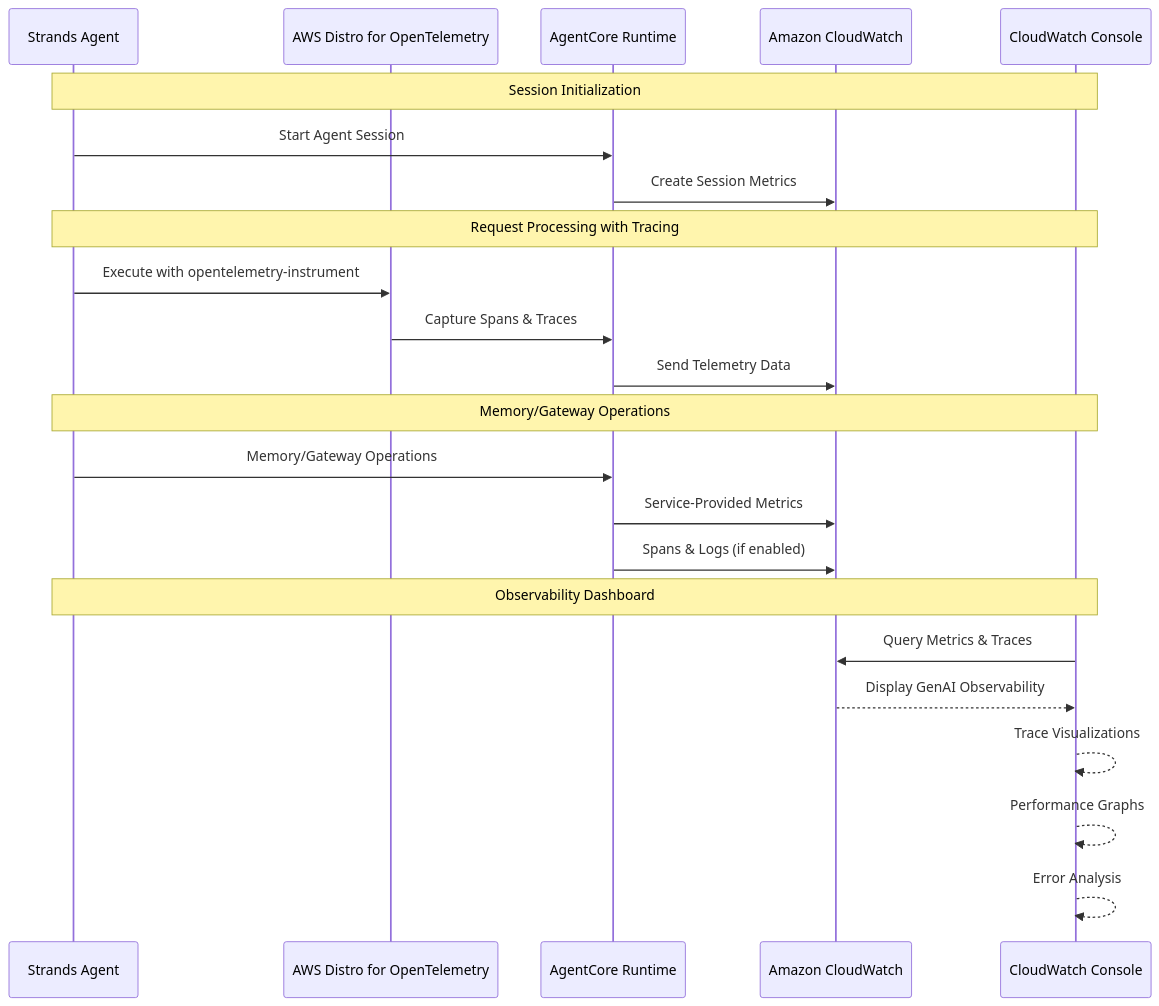
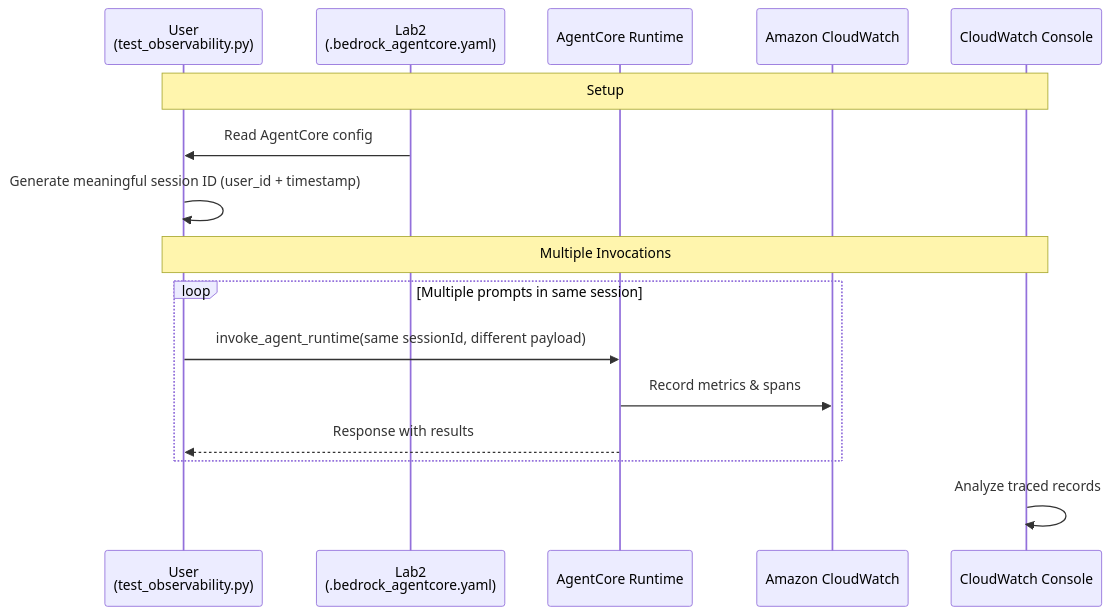
One commit to k-taiga/sample-amazon-bedrock-agentcore-onboarding changed the diagram in 05_observability/README.md. Above: the diagram before and after it, drawn with Mermaid. The commit also changed 4 other files, not shown here.

Commit message:
Fix diagram of lab5 and lab6

````diff
--- a/05_observability/README.md
+++ b/05_observability/README.md
@@ -9,29 +9,21 @@
 ```mermaid
 sequenceDiagram
-    participant Agent as Strands Agent
-    participant ADOT as AWS Distro for OpenTelemetry
+    participant Test as User <br/>(test_observability.py)
+    participant Config as Lab2 <br/>(.bedrock_agentcore.yaml)
     participant AgentCore as AgentCore Runtime
     participant CloudWatch as Amazon CloudWatch
     participant Console as CloudWatch Console
 
-    Note over Agent,Console: Session Initialization
-    Agent->>AgentCore: Start Agent Session
-    AgentCore->>CloudWatch: Create Session Metrics
+    Note over Test,Console: Setup
+    Config ->> Test: Read AgentCore config 
+    Test->>Test: Generate meaningful session ID (user_id + timestamp)
     
-    Note over Agent,Console: Request Processing with Tracing
-    Agent->>ADOT: Execute with opentelemetry-instrument
-    ADOT->>AgentCore: Capture Spans & Traces
-    AgentCore->>CloudWatch: Send Telemetry Data
-    
-    Note over Agent,Console: Memory/Gateway Operations
-    Agent->>AgentCore: Memory/Gateway Operations
-    AgentCore->>CloudWatch: Service-Provided Metrics
-    AgentCore->>CloudWatch: Spans & Logs (if enabled)
-    
-    Note over Agent,Console: Observability Dashboard
-    Console->>CloudWatch: Query Metrics & Traces
-    CloudWatch-->>Console: Display GenAI Observability
-    Console-->>Console: Trace Visualizations
-    Console-->>Console: Performance Graphs
-    Console-->>Console: Error Analysis
+    Note over Test,Console: Multiple Invocations
+    loop Multiple prompts in same session
+        Test->>AgentCore: invoke_agent_runtime(same sessionId, different payload)
+        AgentCore->>CloudWatch: Record metrics & spans
+        AgentCore-->>Test: Response with results
+    end
+
+    Console->>Console: Analyze traced records
 ```
````
